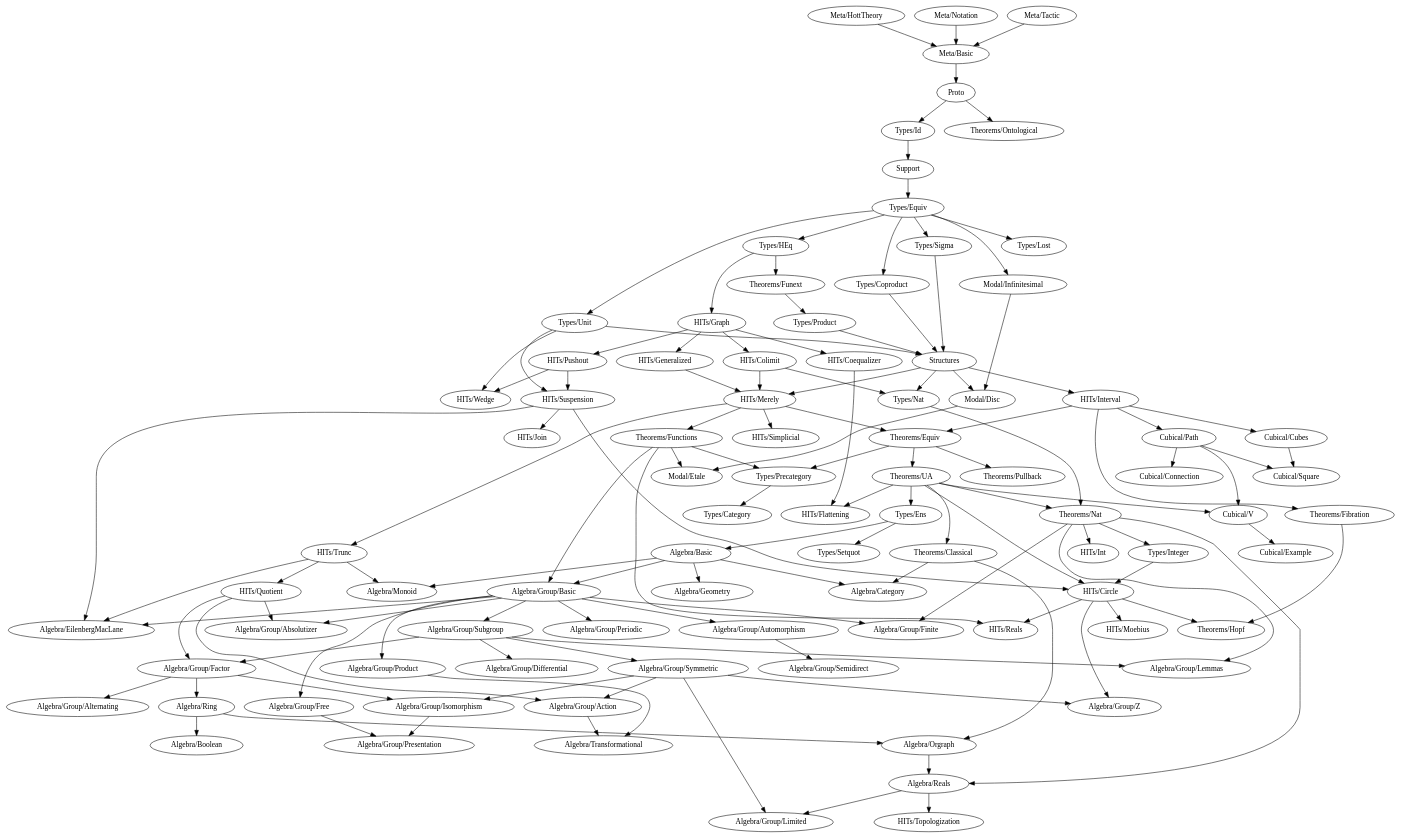
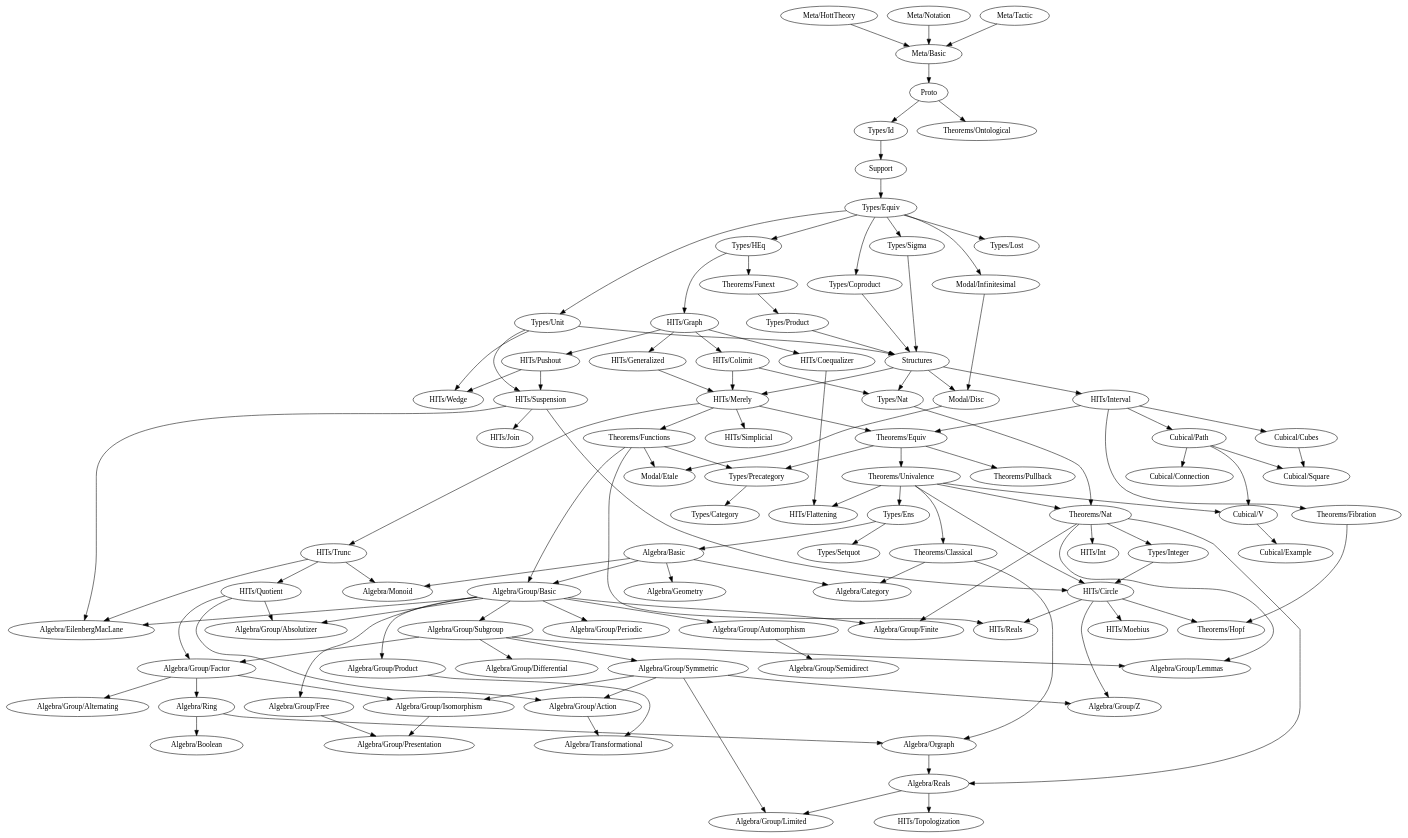
The diagram in dependency-map.gv (forked-from-1kasper/ground_zero), drawn with Graphviz before and after one commit. The commit also changed 10 other files, not shown here.

```diff
--- a/dependency-map.gv
+++ b/dependency-map.gv
@@ -193,10 +193,10 @@
     "Theorems/Equiv" -> {
       "Types/Precategory",
       "Theorems/Pullback",
-      "Theorems/UA"
+      "Theorems/Univalence"
     }
     "Theorems/Pullback"
-    "Theorems/UA" -> {
+    "Theorems/Univalence" -> {
       "HITs/Circle",
       "HITs/Flattening",
       "Types/Ens",
```
